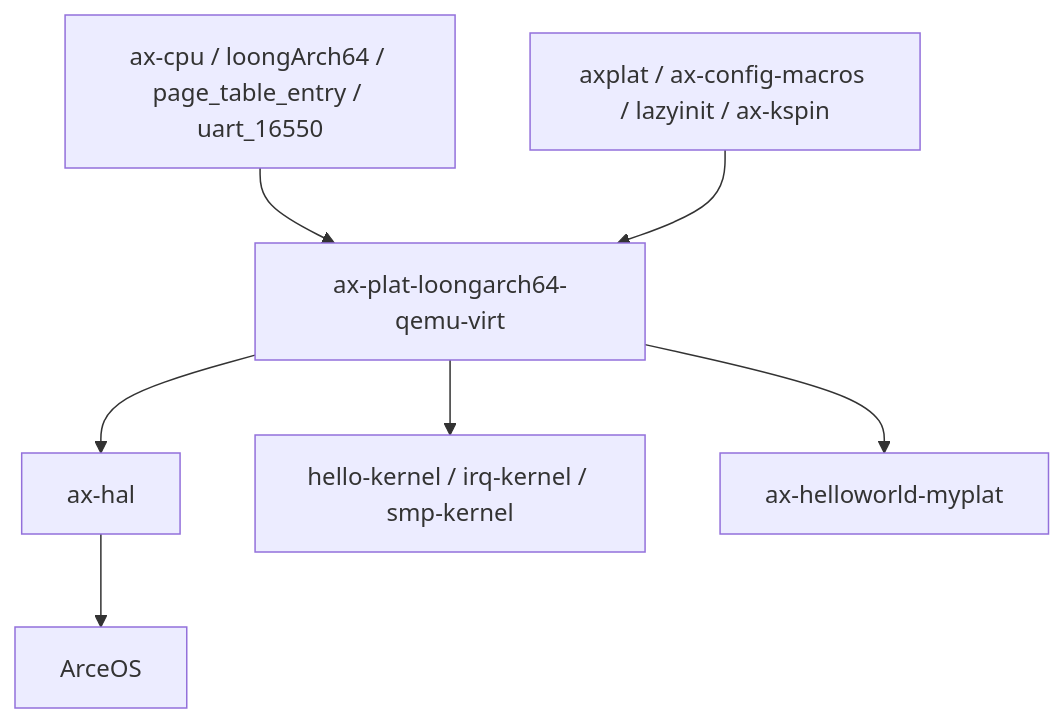
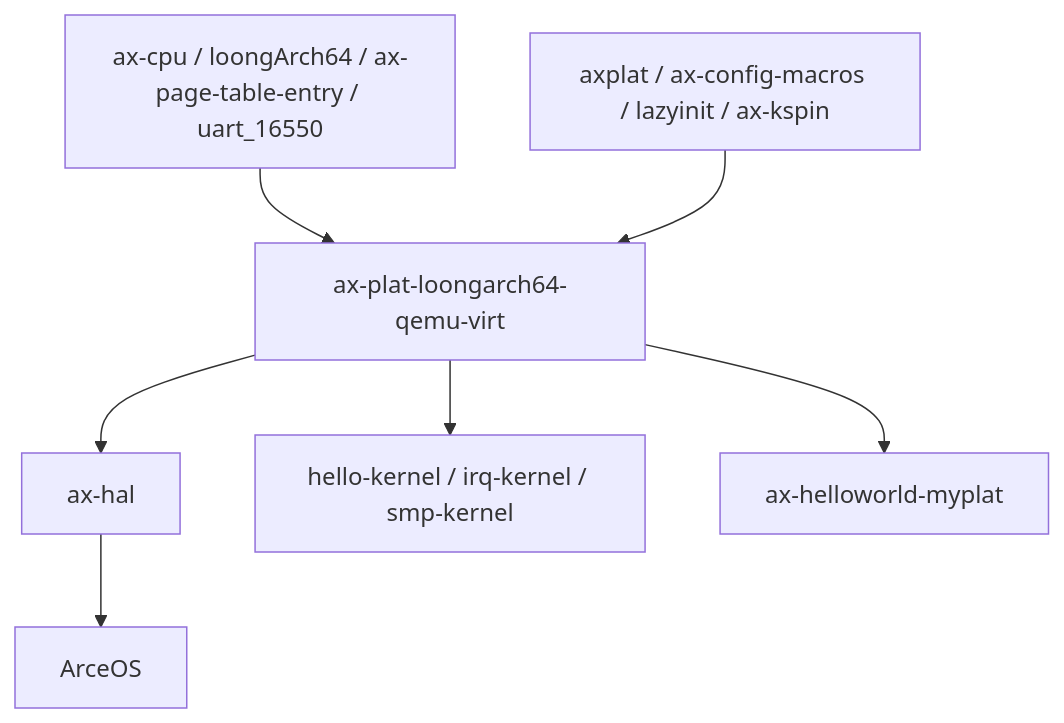
One commit to zKurisu/tgoskits changed the second of 2 diagrams in docs/crates/ax-plat-loongarch64-qemu-virt.md. Above: the diagram before and after it, drawn with Mermaid. The commit also changed other lines of this file and 62 other files, not shown here.

Commit message:
rename page_table_entry to ax-page-table-entry

````diff
--- a/docs/crates/ax-plat-loongarch64-qemu-virt.md
+++ b/docs/crates/ax-plat-loongarch64-qemu-virt.md
@@ -189,9 +189,9 @@
 ```mermaid
 graph TD
-    A[ax-cpu / loongArch64 / page_table_entry / uart_16550] --> B[ax-plat-loongarch64-qemu-virt]
+    A[ax-cpu / loongArch64 / ax-page-table-entry / uart_16550] --> B[ax-plat-loongarch64-qemu-virt]
     C[axplat / ax-config-macros / lazyinit / ax-kspin] --> B
     B --> D[ax-hal]
     B --> E[hello-kernel / irq-kernel / smp-kernel]
     B --> F[ax-helloworld-myplat]
     D --> G[ArceOS]
 ```
````
